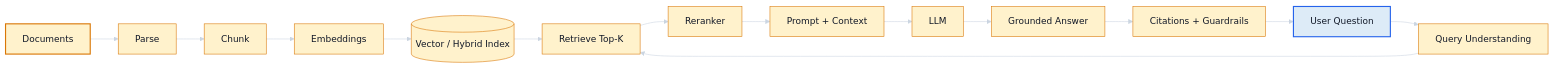
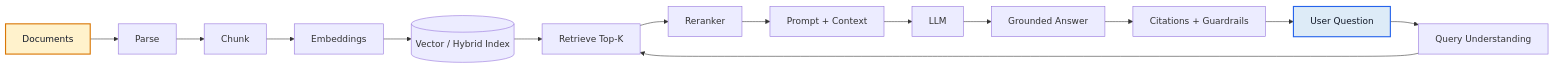
One commit to azam123/awesome-ai-engineer changed the first of 26 diagrams in AI-Engineer-Interview-Questions-2026.md. Above: the diagram before and after it, drawn with Mermaid. The commit also changed other lines of this file, not shown here.

Commit message:
docs: fix GitHub Mermaid rendering compatibility

````diff
--- a/AI-Engineer-Interview-Questions-2026.md
+++ b/AI-Engineer-Interview-Questions-2026.md
@@ -107,22 +107,21 @@
 ```mermaid
 flowchart LR
-%%{init: {"theme":"base","themeVariables":{"background":"#111827","primaryColor":"#FFF2CC","primaryTextColor":"#111827","primaryBorderColor":"#D97706","lineColor":"#CBD5E1","secondaryColor":"#DDEBF7","secondaryTextColor":"#111827","secondaryBorderColor":"#2563EB","tertiaryColor":"#E2F0D9","tertiaryTextColor":"#111827","tertiaryBorderColor":"#15803D","noteBkgColor":"#FFF2CC","noteTextColor":"#111827","noteBorderColor":"#D97706","actorBkg":"#DDEBF7","actorBorder":"#2563EB","actorTextColor":"#111827","signalColor":"#E5E7EB","signalTextColor":"#111827","labelBoxBkgColor":"#FFF2CC","labelBoxBorderColor":"#D97706","labelTextColor":"#111827"}}}%%
+A[Documents] --> B[Parse]
+B --> C[Chunk]
+C --> D[Embeddings]
+D --> E[(Vector / Hybrid Index)]
+U[User Question] --> Q[Query Understanding]
+Q --> R[Retrieve Top-K]
+E --> R
+R --> RR[Reranker]
+RR --> P[Prompt + Context]
+P --> L[LLM]
+L --> G[Grounded Answer]
+G --> V[Citations + Guardrails]
+V --> U
+class A yellow
+class U blue
 classDef yellow fill:#FFF2CC,stroke:#D97706,stroke-width:2px,color:#111827;
 classDef blue fill:#DDEBF7,stroke:#2563EB,stroke-width:2px,color:#111827;
 classDef green fill:#E2F0D9,stroke:#15803D,stroke-width:2px,color:#111827;
-    A[Documents] --> B[Parse]
-    B --> C[Chunk]
-    C --> D[Embeddings]
-    D --> E[(Vector / Hybrid Index)]
-    U[User Question] --> Q[Query Understanding]
-    Q --> R[Retrieve Top-K]
-    E --> R
-    R --> RR[Reranker]
-    RR --> P[Prompt + Context]
-    P --> L[LLM]
-    L --> G[Grounded Answer]
-    G --> V[Citations + Guardrails]
-    V --> U
-    class A yellow;
-    class U blue;
 ```
````
